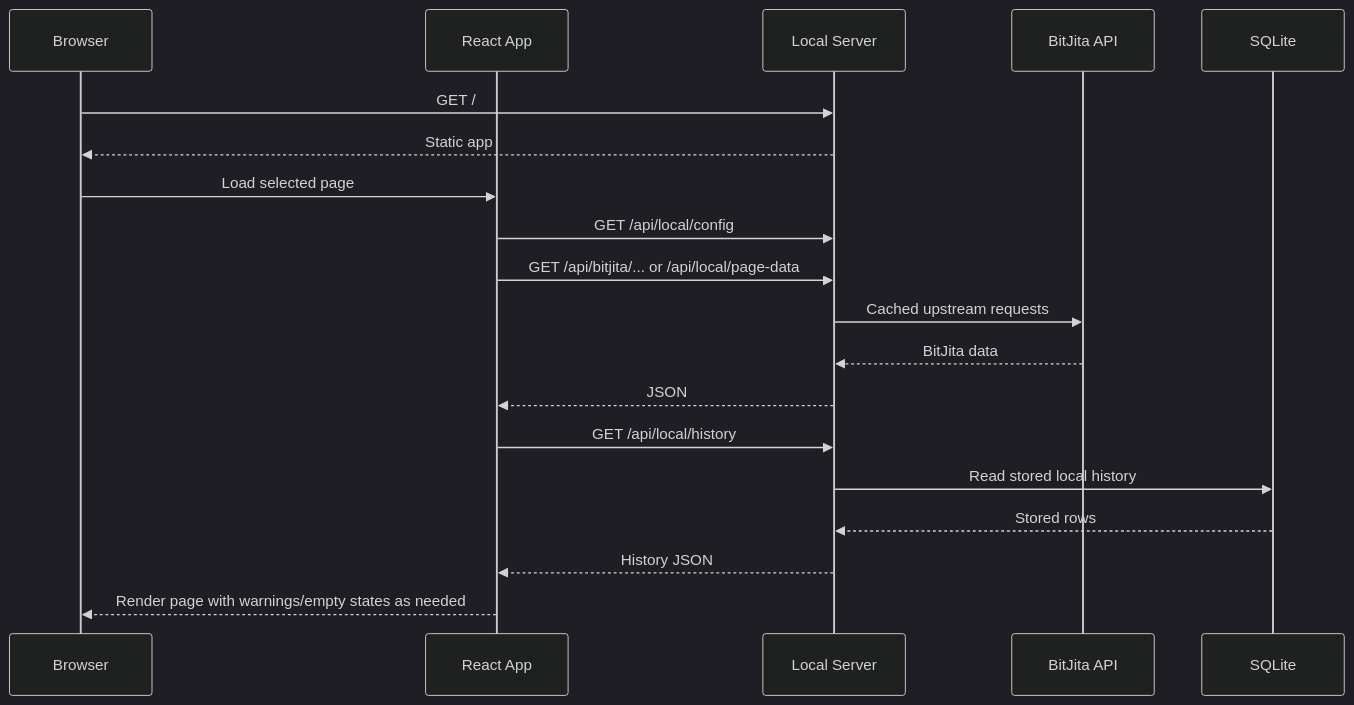
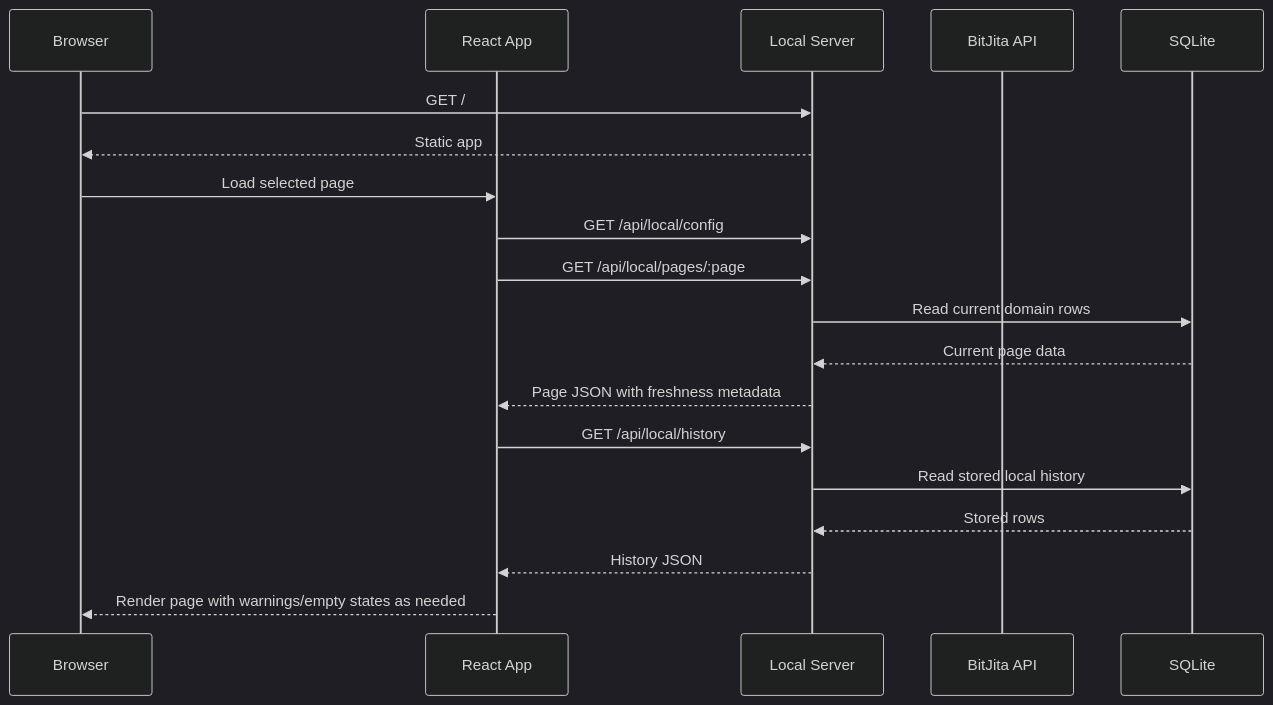
Before and after one commit to Red463/bitcraft-claim-monitor: the third of 6 diagrams in docs/application-overview.md, drawn with Mermaid (dark theme). The commit also changed other lines of this file and 11 other files, not shown here.

````diff
--- a/docs/application-overview.md
+++ b/docs/application-overview.md
@@ -366,22 +365,22 @@
 ```mermaid
 sequenceDiagram
   participant B as Browser
   participant A as React App
   participant S as Local Server
   participant J as BitJita API
   participant D as SQLite
 
   B->>S: GET /
   S-->>B: Static app
   B->>A: Load selected page
   A->>S: GET /api/local/config
-  A->>S: GET /api/bitjita/... or /api/local/page-data
-  S->>J: Cached upstream requests
-  J-->>S: BitJita data
-  S-->>A: JSON
+  A->>S: GET /api/local/pages/:page
+  S->>D: Read current domain rows
+  D-->>S: Current page data
+  S-->>A: Page JSON with freshness metadata
   A->>S: GET /api/local/history
   S->>D: Read stored local history
   D-->>S: Stored rows
   S-->>A: History JSON
   A-->>B: Render page with warnings/empty states as needed
 ```
````
